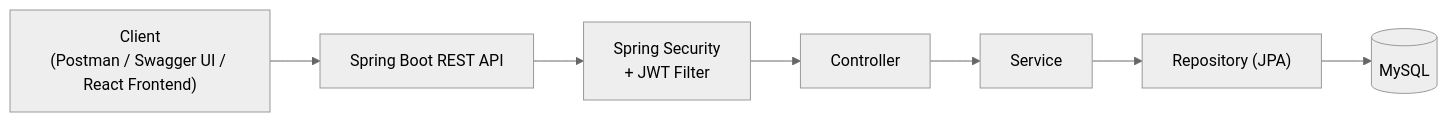
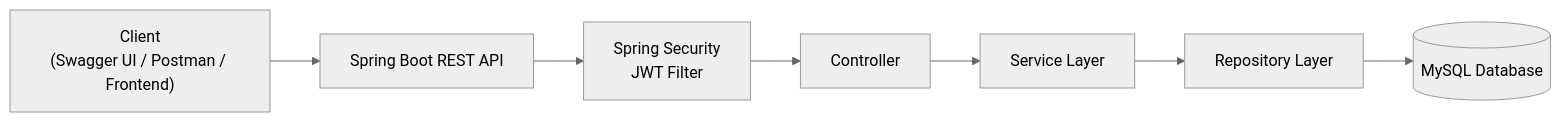
The first of 4 diagrams in README.md (huenguyenkim/Taskflow), drawn with Mermaid (neutral theme) before and after one commit. The commit also changed other lines of this file, not shown here.

````diff
--- a/README.md
+++ b/README.md
@@ -100,17 +101,17 @@
 ```mermaid
 flowchart LR
 
-    Client["Client<br/>(Postman / Swagger UI / React Frontend)"]
+    Client["Client<br/>(Swagger UI / Postman / Frontend)"]
 
     Client --> API["Spring Boot REST API"]
 
-    API --> Security["Spring Security<br/>+ JWT Filter"]
+    API --> Security["Spring Security<br/>JWT Filter"]
 
     Security --> Controller["Controller"]
 
-    Controller --> Service["Service"]
+    Controller --> Service["Service Layer"]
 
-    Service --> Repository["Repository (JPA)"]
+    Service --> Repository["Repository Layer"]
 
-    Repository --> DB[("MySQL")]
+    Repository --> DB[("MySQL Database")]
 ```
````
